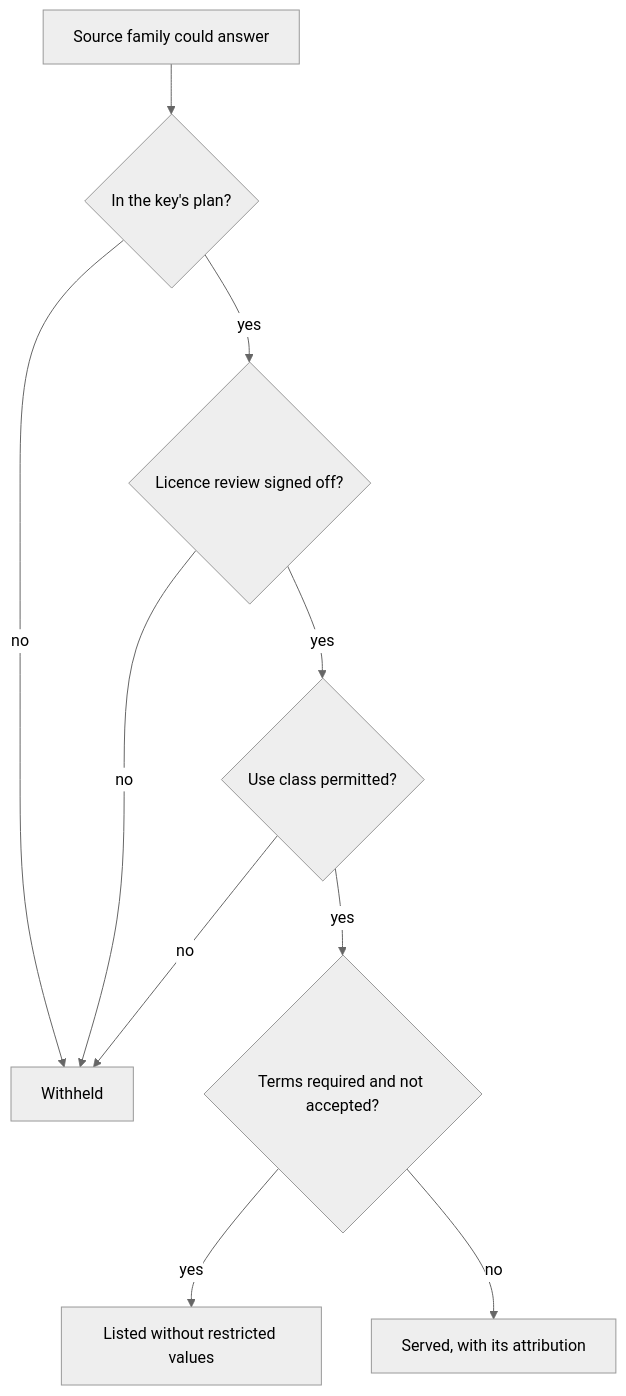
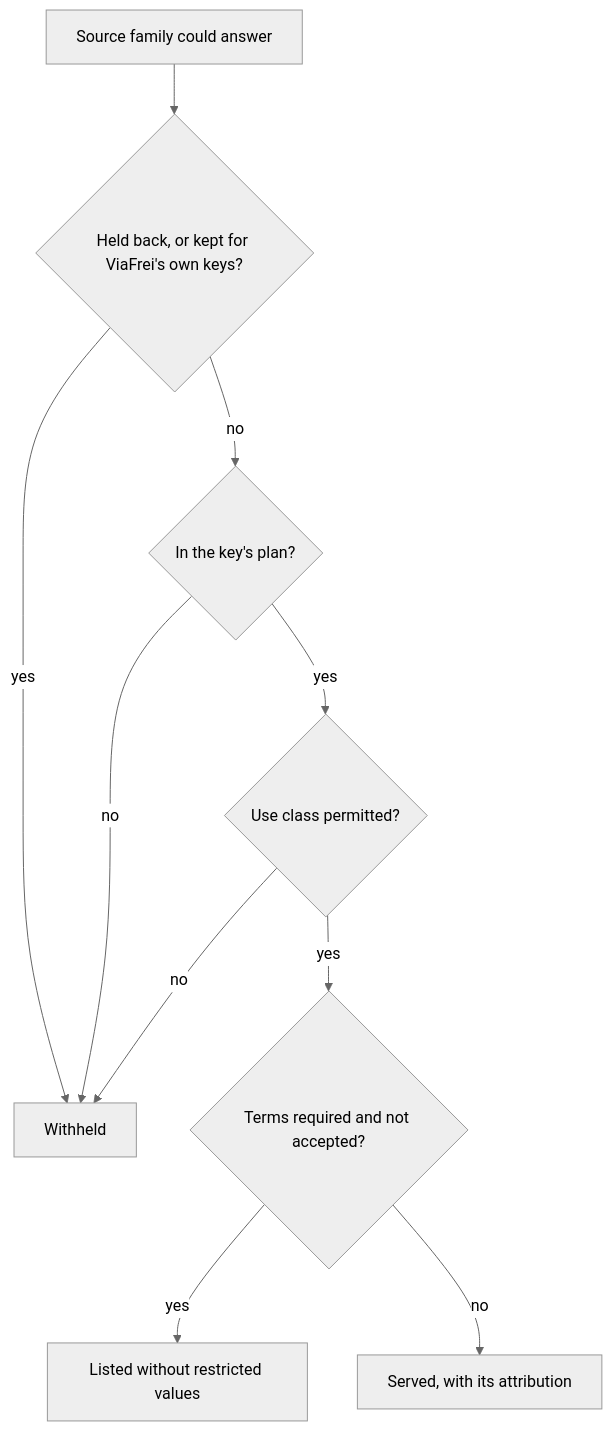
The diagram in docs/attribution.md (mavrovde/viafrei-api), drawn with Mermaid (neutral theme) before and after one commit. The commit also changed other lines of this file and 499 other files, not shown here.

````diff
--- a/docs/attribution.md
+++ b/docs/attribution.md
@@ -79,12 +92,12 @@
 ```mermaid
 flowchart TD
-  A[Source family could answer] --> B{In the key's plan?}
-  B -- no --> W[Withheld]
-  B -- yes --> C{Licence review signed off?}
-  C -- no --> W
-  C -- yes --> D{Use class permitted?}
+  A[Source family could answer] --> H{Held back, or kept for ViaFrei's own keys?}
+  H -- yes --> W[Withheld]
+  H -- no --> B{In the key's plan?}
+  B -- no --> W
+  B -- yes --> D{Use class permitted?}
   D -- no --> W
   D -- yes --> E{Terms required and not accepted?}
   E -- yes --> T[Listed without restricted values]
   E -- no --> S[Served, with its attribution]
 ```
````
